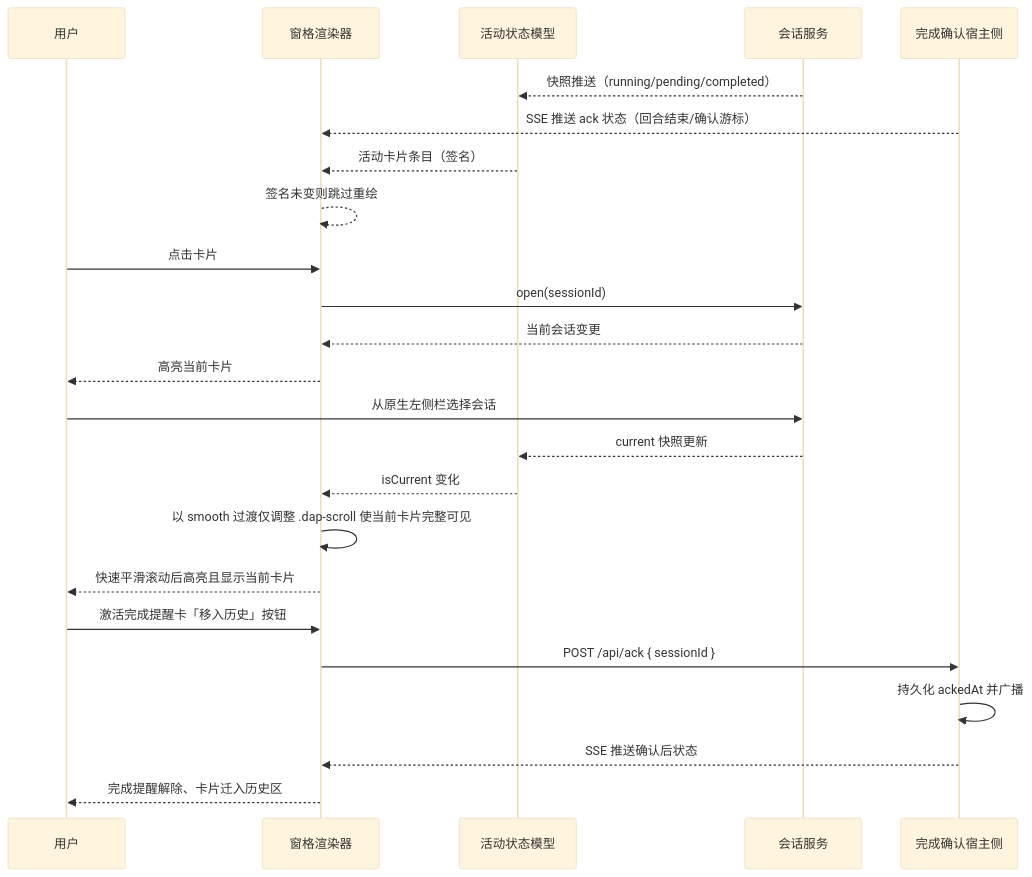
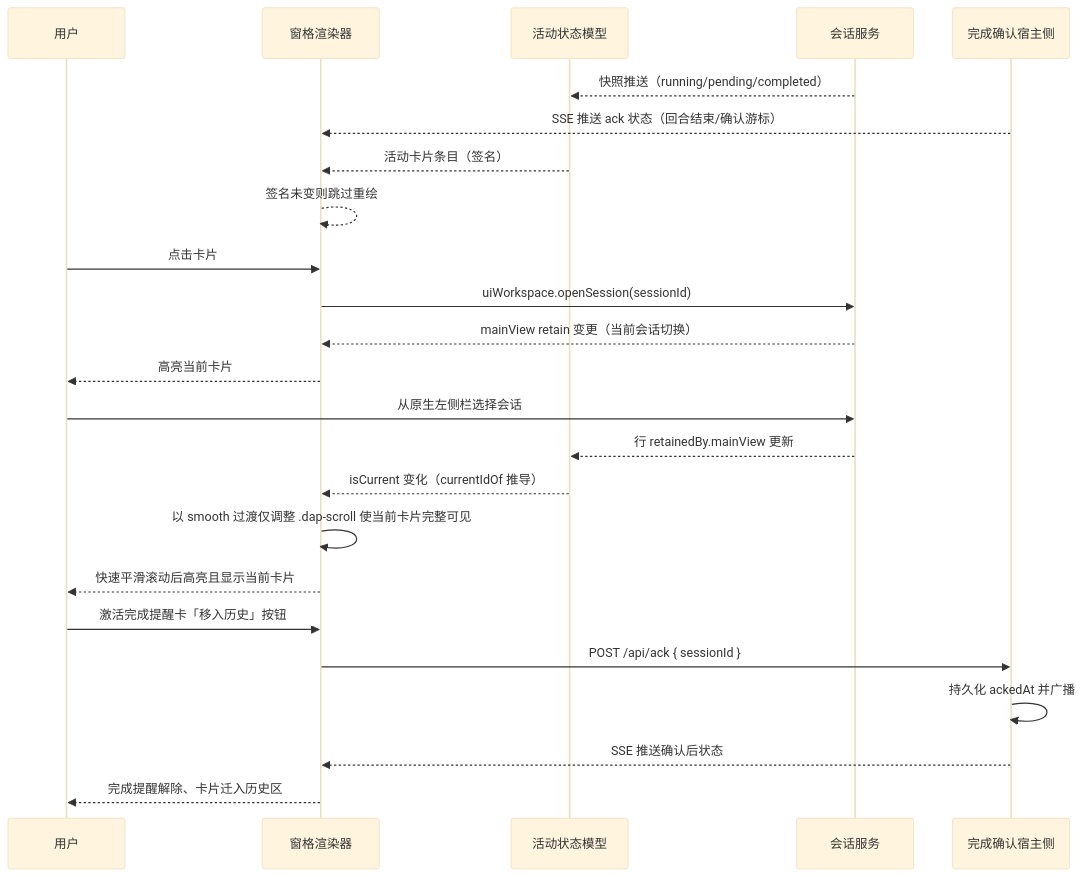
The third of 6 diagrams in SOLUTION.md (ccll/dsh-activity-pane), drawn with Mermaid (base theme) before and after one commit. The commit also changed other lines of this file and 7 other files, not shown here.

````diff
--- a/SOLUTION.md
+++ b/SOLUTION.md
@@ -79,26 +79,26 @@
 ```mermaid
 sequenceDiagram
     participant U as 用户
     participant R as 窗格渲染器
     participant C as 活动状态模型
     participant S as 会话服务
     participant H as 完成确认宿主侧
     S-->>C: 快照推送（running/pending/completed）
     H-->>R: SSE 推送 ack 状态（回合结束/确认游标）
     C-->>R: 活动卡片条目（签名）
     R-->>R: 签名未变则跳过重绘
     U->>R: 点击卡片
-    R->>S: open(sessionId)
-    S-->>R: 当前会话变更
+    R->>S: uiWorkspace.openSession(sessionId)
+    S-->>R: mainView retain 变更（当前会话切换）
     R-->>U: 高亮当前卡片
     U->>S: 从原生左侧栏选择会话
-    S-->>C: current 快照更新
-    C-->>R: isCurrent 变化
+    S-->>C: 行 retainedBy.mainView 更新
+    C-->>R: isCurrent 变化（currentIdOf 推导）
     R->>R: 以 smooth 过渡仅调整 .dap-scroll 使当前卡片完整可见
     R-->>U: 快速平滑滚动后高亮且显示当前卡片
     U->>R: 激活完成提醒卡「移入历史」按钮
     R->>H: POST /api/ack { sessionId }
     H->>H: 持久化 ackedAt 并广播
     H-->>R: SSE 推送确认后状态
     R-->>U: 完成提醒解除、卡片迁入历史区
 ```
````
